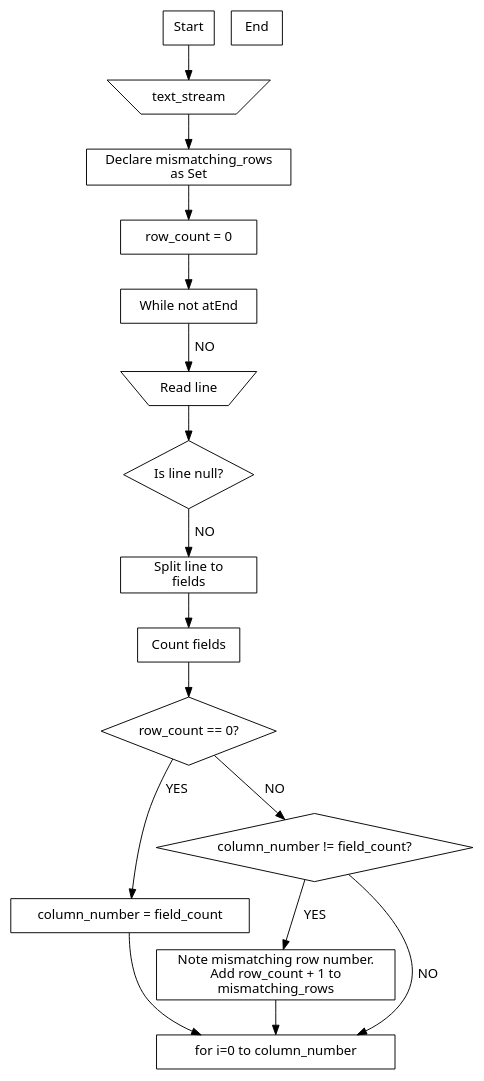
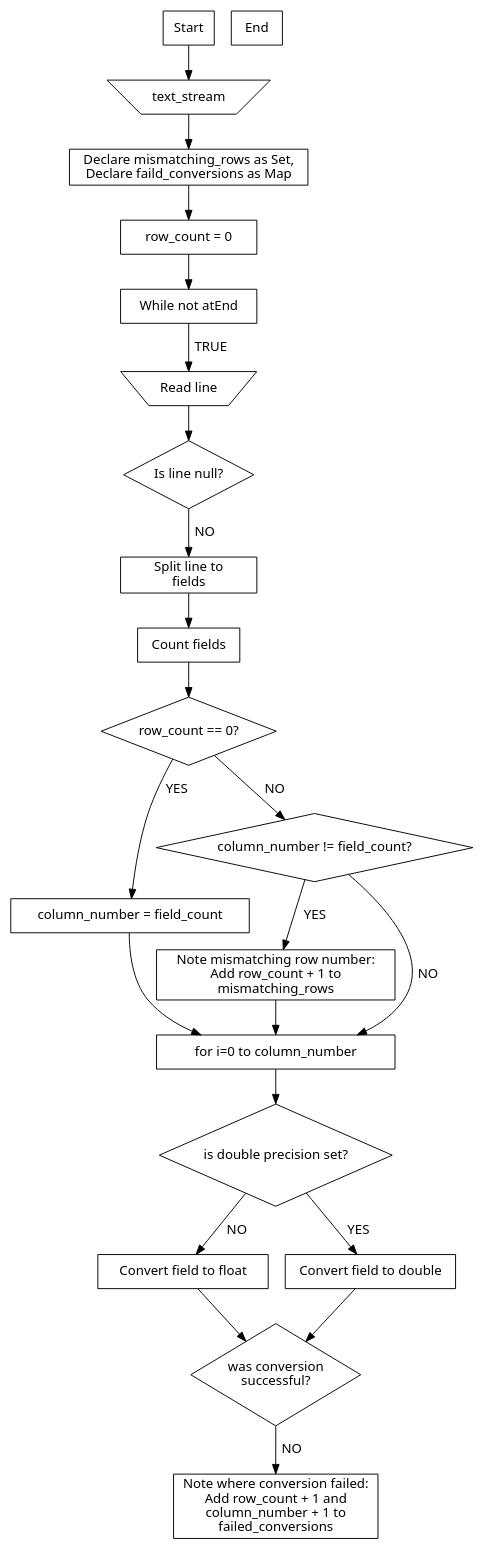
Before and after one commit to kurijlj/cpp_projects: the diagram in work_in_progress/mda/read_file.dot, drawn with Graphviz.

Commit message:
Corsairs: Flow chart diagram of CSV file read algorithm added.

```diff
--- a/work_in_progress/mda/read_file.dot
+++ b/work_in_progress/mda/read_file.dot
@@ -1,44 +1,59 @@
 strict digraph {
     start[shape="box", fontname="Sans"];
     text_stream[shape="invtrapezium", fontname="Sans"];
-    mismatching_rows[shape="box", fontname="Sans"];
+    error_accumulators[shape="box", fontname="Sans"];
     set_zero_row_count[shape="box", fontname="Sans"];
     while_not_end[shape="box", fontname="Sans"];
     read_line[shape="invtrapezium", fontname="Sans"];
     null_line_test[shape="diamond", fontname="Sans"];
     split_line[shape="box", fontname="Sans"];
     count_fields[shape="box", fontname="Sans"];
     zero_row_test[shape="diamond", fontname="Sans"];
     set_column_number[shape="box", fontname="Sans"];
     field_count_test[shape="diamond", fontname="Sans"];
     increase_mismatching_row_count[shape="box", fontname="Sans"];
     traverse_fields[shape="box", fontname="Sans"];
+    double_precision_test[shape="diamond", fontname="Sans"];
+    field_to_float[shape="box", fontname="Sans"];
+    field_to_double[shape="box", fontname="Sans"];
+    conversion_test[shape="diamond", fontname="Sans"];
+    conversion_failed[shape="box", fontname="Sans"];
     end[shape="box", fontname="Sans"];
-    
-    start->text_stream->mismatching_rows->set_zero_row_count->while_not_end;
-    while_not_end->read_line[label="  NO", fontname="Sans"];
+
+    start->text_stream->error_accumulators->set_zero_row_count->while_not_end;
+    while_not_end->read_line[label="  TRUE", fontname="Sans"];
     read_line->null_line_test;
     null_line_test->split_line[label="  NO", fontname="Sans"];
     split_line->count_fields->zero_row_test;
     zero_row_test->set_column_number[label="  YES", fontname="Sans"];
     zero_row_test->field_count_test[label="  NO", fontname="Sans"];
     field_count_test->increase_mismatching_row_count[label="  YES", fontname="Sans"];
     field_count_test->traverse_fields[label="  NO", fontname="Sans"];
     increase_mismatching_row_count->traverse_fields;
-    set_column_number->traverse_fields;
-    
+    set_column_number->traverse_fields->double_precision_test;
+    double_precision_test->field_to_float[label="  NO", fontname="Sans"];
+    double_precision_test->field_to_double[label="  YES", fontname="Sans"];
+    field_to_float->conversion_test;
+    field_to_double->conversion_test;
+    conversion_test->conversion_failed[label="  NO", fontname="Sans"];
+
     start[label="Start"];
-    mismatching_rows[label="Declare mismatching_rows\nas Set", width="3"];
+    error_accumulators[label="Declare mismatching_rows as Set,\nDeclare faild_conversions as Map", width="3.5"];
     set_zero_row_count[label="row_count = 0", width="2"];
     while_not_end[label="While not atEnd", width="2"];
     read_line[label="Read line"];
     null_line_test[label="Is line null?", height="1"];
     split_line[label="Split line to\nfields", width="2"];
     count_fields[label="Count fields", width="1.5"];
     zero_row_test[label="row_count == 0?", width="1.5", height="1"];
     set_column_number[label="column_number = field_count", width="3.5"];
     field_count_test[label="column_number != field_count?", height="1"];
-    increase_mismatching_row_count[label="Note mismatching row number.\nAdd row_count + 1 to\nmismatching_rows", width="3.5"];
+    increase_mismatching_row_count[label="Note mismatching row number:\nAdd row_count + 1 to\nmismatching_rows", width="3.5"];
     traverse_fields[label="for i=0 to column_number", width="3.5"];
+    double_precision_test[label="is double precision set?", height="1.5"];
+    field_to_float[label="Convert field to float", width="2.5"];
+    field_to_double[label="Convert field to double", width="2.5"];
+    conversion_test[label="was conversion\nsuccessful?", height="1.5"];
+    conversion_failed[label="Note where conversion failed:\nAdd row_count + 1 and\ncolumn_number + 1 to\nfailed_conversions", width="3.0"];
     end[label="End"];
 }
```
